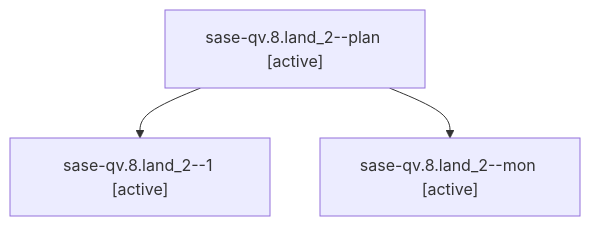
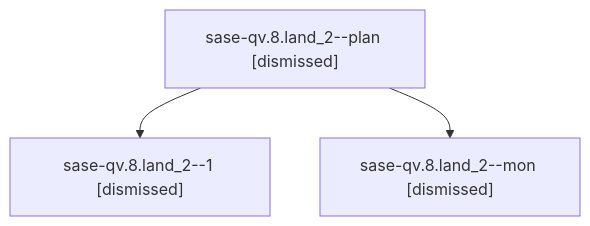
One commit to sase-org/sase--agents changed the diagram in sessions/bbugyi200.athena.sase-qv.8.land_2.md. Above: the diagram before and after it, drawn with Mermaid. The commit also changed other lines of this file and 112 other files, not shown here.

````diff
--- a/sessions/bbugyi200.athena.sase-qv.8.land_2.md
+++ b/sessions/bbugyi200.athena.sase-qv.8.land_2.md
@@ -9,8 +9,8 @@
 ```mermaid
 flowchart TD
-  n0["sase-qv.8.land_2--plan [active]"]
-  n1["sase-qv.8.land_2--1 [active]"]
+  n0["sase-qv.8.land_2--plan [dismissed]"]
+  n1["sase-qv.8.land_2--1 [dismissed]"]
   n0 --> n1
-  n2["sase-qv.8.land_2--mon [active]"]
+  n2["sase-qv.8.land_2--mon [dismissed]"]
   n0 --> n2
 ```
````
